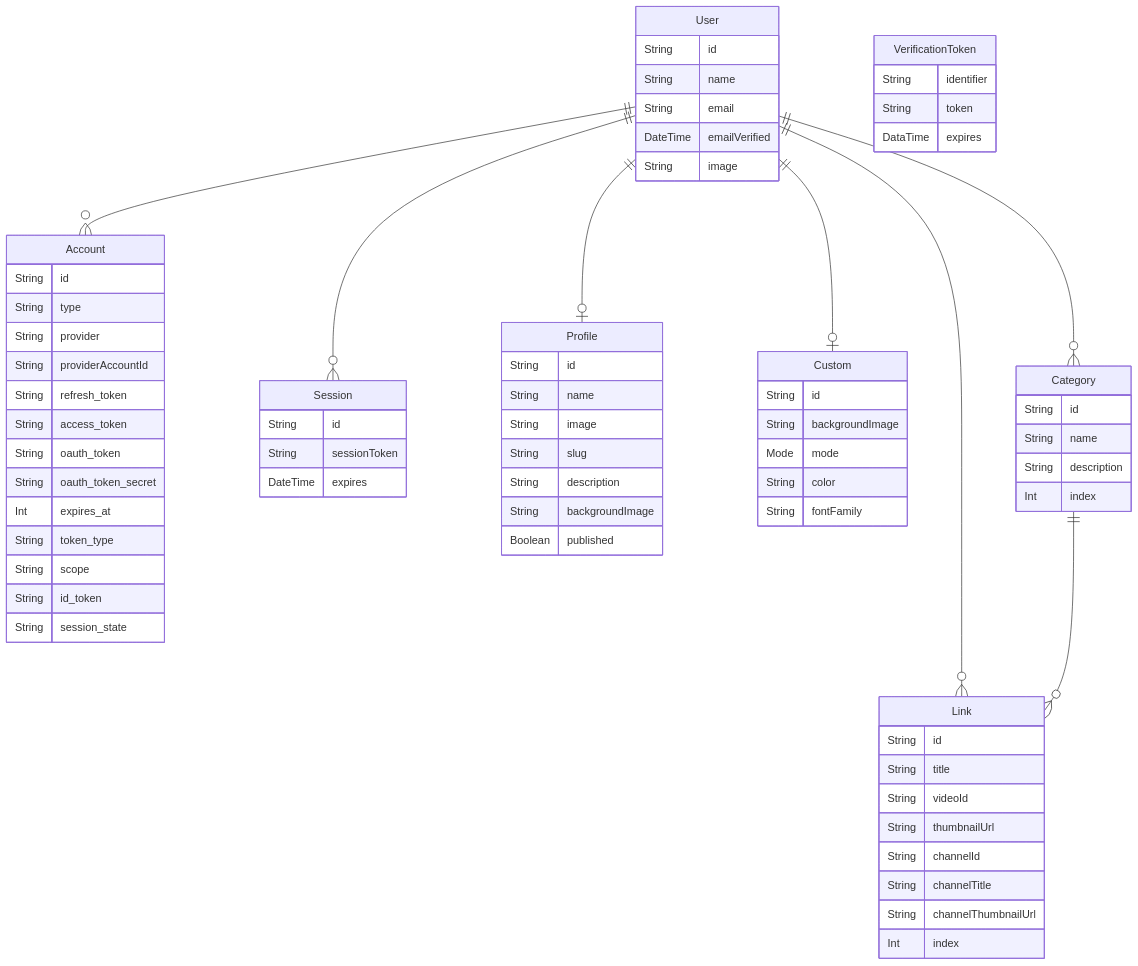
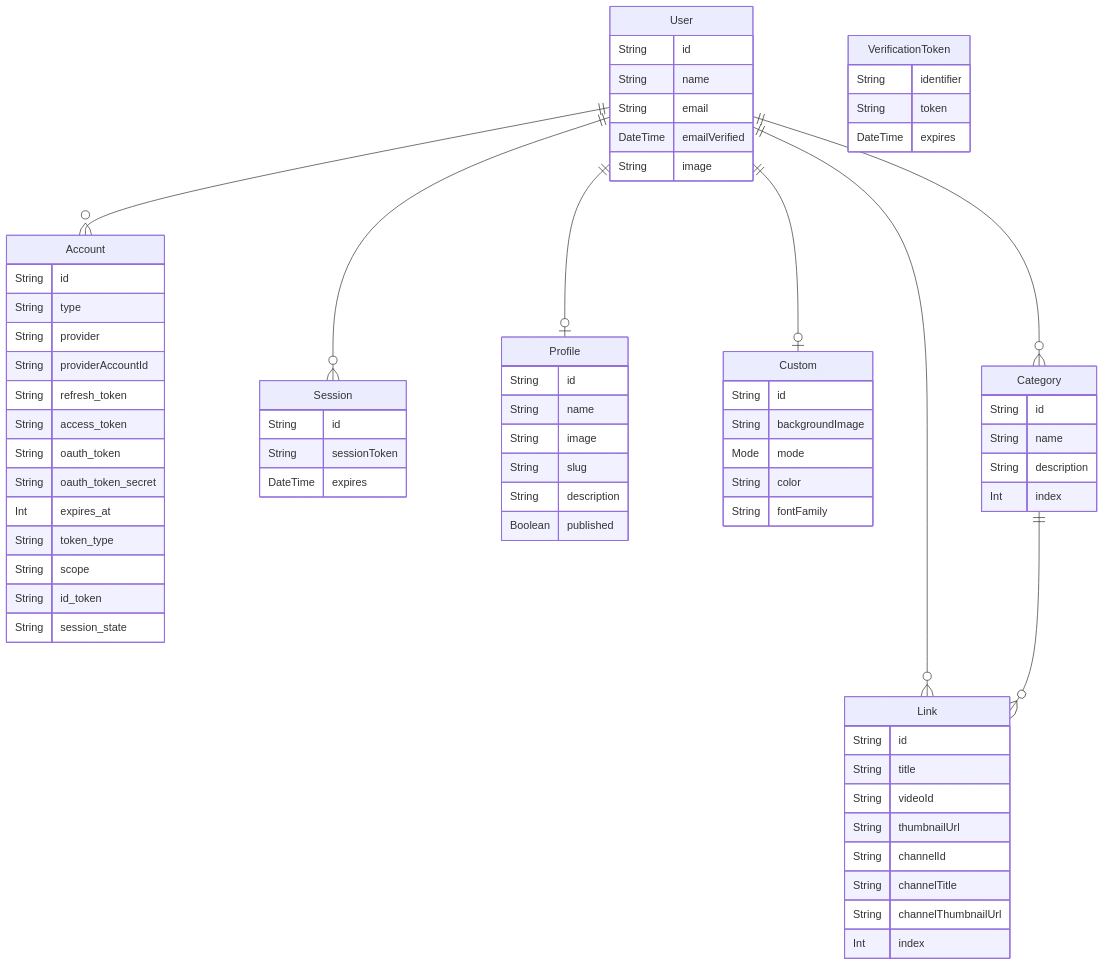
One commit to mtkdv/FavoLink changed the diagram in README.md. Above: the diagram before and after it, drawn with Mermaid.

Commit message:
:memo: update er diagram

```diff
--- a/README.md
+++ b/README.md
@@ -167,7 +167,7 @@
 VerificationToken {
   String identifier
   String token
-  DataTime expires
+  DateTime expires
 }
 
 Profile {
@@ -176,7 +176,6 @@
   String image
   String slug
   String description
-  String backgroundImage
   Boolean published
 }
 
```
